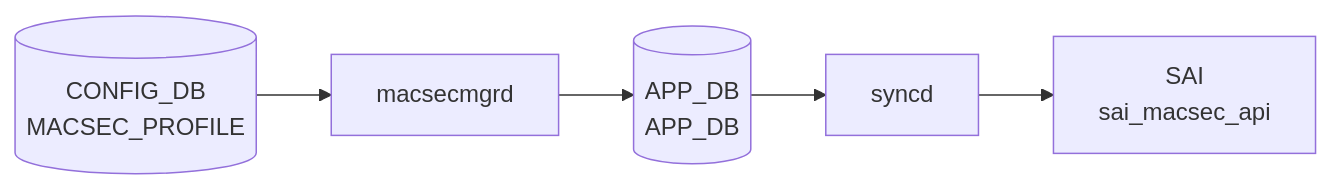
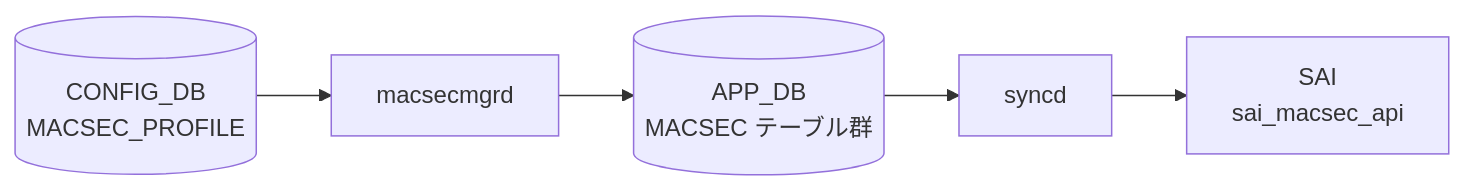
Before and after one commit to aoki-taquan/sonic-unofficial-docs: the diagram in docs/reference/config-db/macsec-profile.md, drawn with Mermaid. The commit also changed 2 other files, not shown here.

Commit message:
fix(review-batch-093): correct mermaid labels and data-flow diagrams
- loopback-interface: APP_DB label 重複 "APP_DB|APP_DB" → "APP_DB|INTF_TABLE"
- macsec-port: データフロー図を portmgrd/sai_port_api から macsecmgrd/sai_macsec_api に修正
- macsec-profile: APP_DB label 重複 "APP_DB|APP_DB" → "APP_DB|MACSEC テーブル群"

````diff
--- a/docs/reference/config-db/macsec-profile.md
+++ b/docs/reference/config-db/macsec-profile.md
@@ -33,12 +33,12 @@
 ```mermaid
 flowchart LR
   CDB[("CONFIG_DB<br/>MACSEC_PROFILE")]
   DM["macsecmgrd"]
   CDB --> DM
-  APPDB[("APP_DB<br/>APP_DB")]
+  APPDB[("APP_DB<br/>MACSEC テーブル群")]
   DM --> APPDB
   SYNCD["syncd"]
   APPDB --> SYNCD
   SAI["SAI<br/>sai_macsec_api"]
   SYNCD --> SAI
 ```
````
